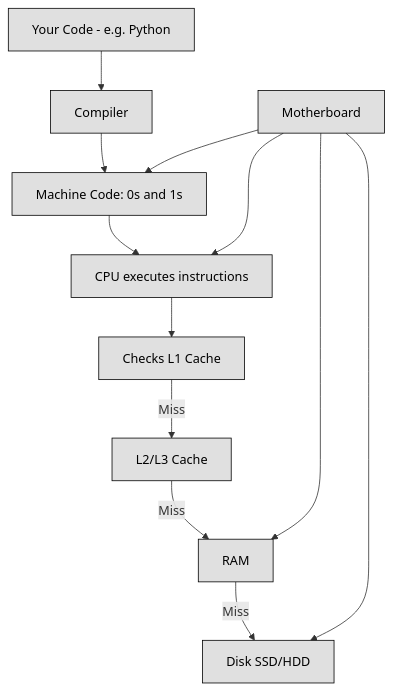
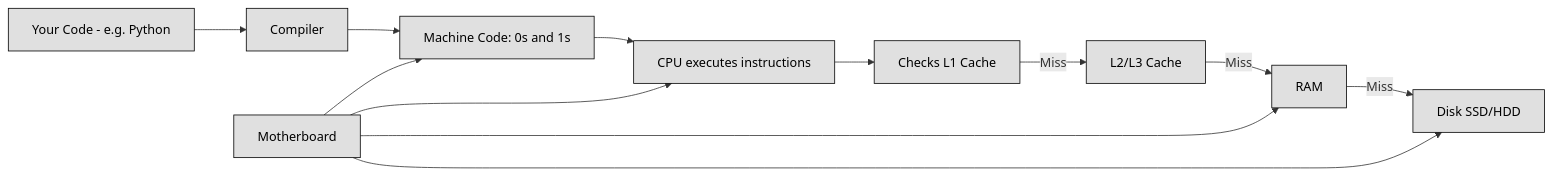
One commit to lorenzoleonelli/CISSP-Zero-to-Hero changed the diagram in DOMAIN3: Security Architecture and Engineering/3.D.1 System Design Basics.md. Above: the diagram before and after it, drawn with Mermaid.

Commit message:
Update 3.D.1 System Design Basics.md

````diff
--- a/DOMAIN3: Security Architecture and Engineering/3.D.1 System Design Basics.md
+++ b/DOMAIN3: Security Architecture and Engineering/3.D.1 System Design Basics.md
@@ -25,18 +25,18 @@
 ```mermaid 
-flowchart TD
+flowchart LR
   A[Your Code - e.g. Python] --> B[Compiler]
   B --> C[Machine Code: 0s and 1s]
   C --> D[CPU executes instructions]
 
   D --> E1[Checks L1 Cache]
   E1 -->|Miss| E2[L2/L3 Cache]
   E2 -->|Miss| F[RAM]
   F -->|Miss| G[Disk SSD/HDD]
 
   H[Motherboard] --> C
   H --> D
   H --> F
   H --> G
     classDef center fill:#ffffff,color:#000000,stroke:#000000,stroke-width:1px,font-weight:bold
     classDef node fill:#e0e0e0,color:#000000,stroke:#000000,stroke-width:1px
 ```
````
